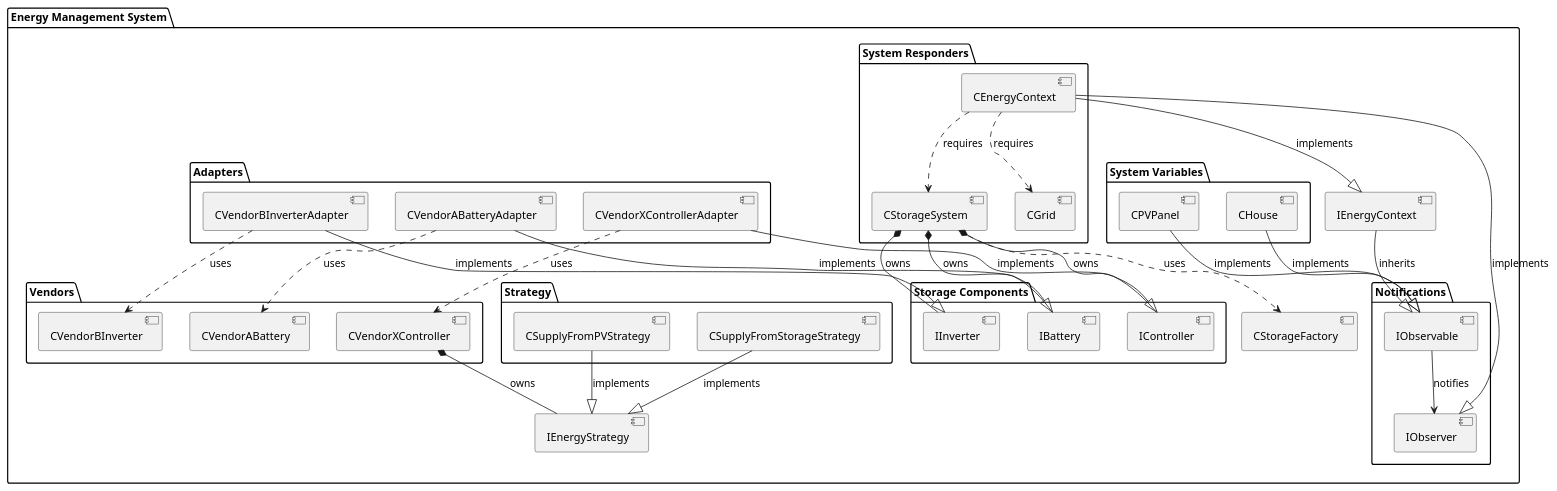
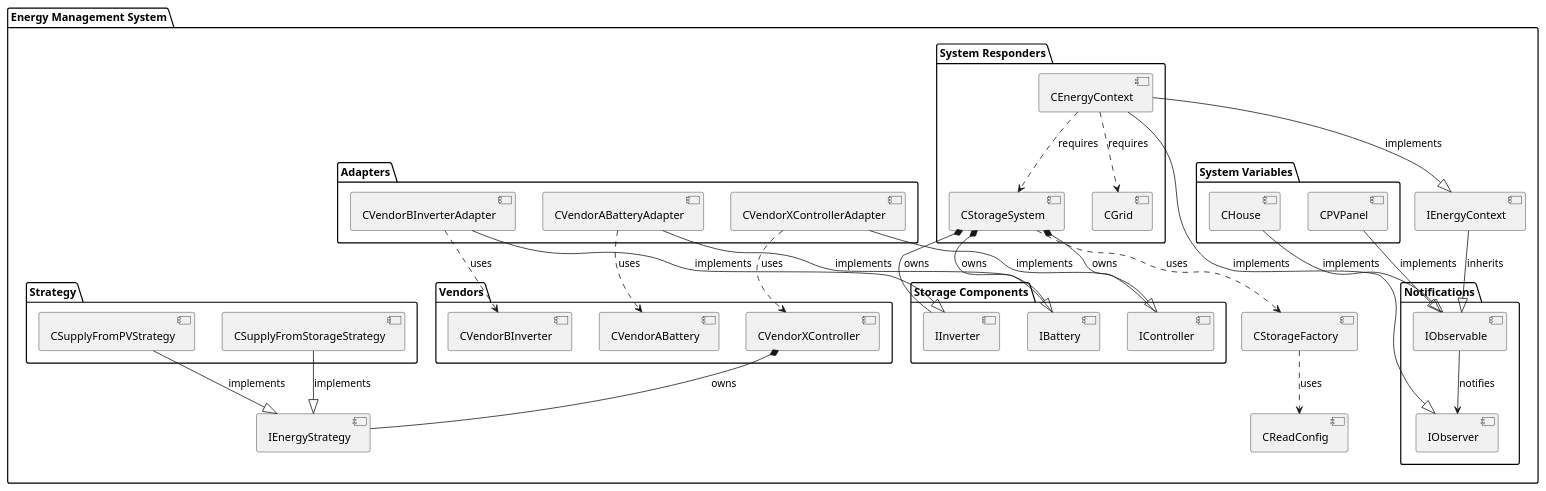
Before and after one commit to Menna271/BatteryManagementSystem: the diagram in docs/component_diagram.puml, drawn with PlantUML. The commit also changed 14 other files, not shown here.

Commit message:
Modified diagrams

```diff
--- a/docs/component_diagram.puml
+++ b/docs/component_diagram.puml
@@ -1,71 +1,73 @@
 @startuml Component Diagram
 
 package "Energy Management System" {
     package "System Variables" {
         [CPVPanel] 
         [CHouse] 
     }
         package "System Responders" {
         [CEnergyContext] ..> [CStorageSystem] : "requires"
         [CEnergyContext] ..> [CGrid] : "requires"
     }
 
     package "Notifications" {
         [IObservable]
         [IObserver]
-    }
+    } 
 
     package "Storage Components" {
         [IController]
         [IInverter]
         [IBattery]
     }
 
     package "Vendors" {
         [CVendorABattery]
         [CVendorBInverter]
         [CVendorXController]
     }
 
     package "Adapters" {
         [CVendorABatteryAdapter]
         [CVendorBInverterAdapter]
         [CVendorXControllerAdapter]
     }
 
     package "Strategy" {
         [CSupplyFromPVStrategy]
         [CSupplyFromStorageStrategy]
     }
 
     [CPVPanel] --|> [IObservable] : "implements"
     [CHouse] --|> [IObservable] : "implements"
 
     [IObservable] --> [IObserver] : "notifies"
 
     [CEnergyContext] --|> [IEnergyContext] : "implements"
     [IEnergyContext] --|> [IObservable] : "inherits"
     [CEnergyContext] --|> [IObserver] : "implements"
 
     [CStorageSystem] *-- [IController] : "owns"
     [CStorageSystem] *-- [IInverter] : "owns"
     [CStorageSystem] *-- [IBattery] : "owns"
     [CStorageSystem] ..> [CStorageFactory] : "uses"
 
+    [CStorageFactory] ..> [CReadConfig] : "uses"
+
     [CVendorABatteryAdapter] ..> [CVendorABattery] : "uses"
     [CVendorABatteryAdapter] --|> [IBattery] : "implements"
 
     [CVendorBInverterAdapter] ..> [CVendorBInverter] : "uses"
     [CVendorBInverterAdapter] --|> [IInverter] : "implements"
 
     [CVendorXControllerAdapter] ..> [CVendorXController] : "uses"
     [CVendorXControllerAdapter] --|> [IController] : "implements"
 
     [CSupplyFromPVStrategy] --|> [IEnergyStrategy] : "implements"
     [CSupplyFromStorageStrategy] --|> [IEnergyStrategy] : "implements"
 
     [CVendorXController] *-- [IEnergyStrategy] : "owns"
 
 }
 
 @enduml
```
